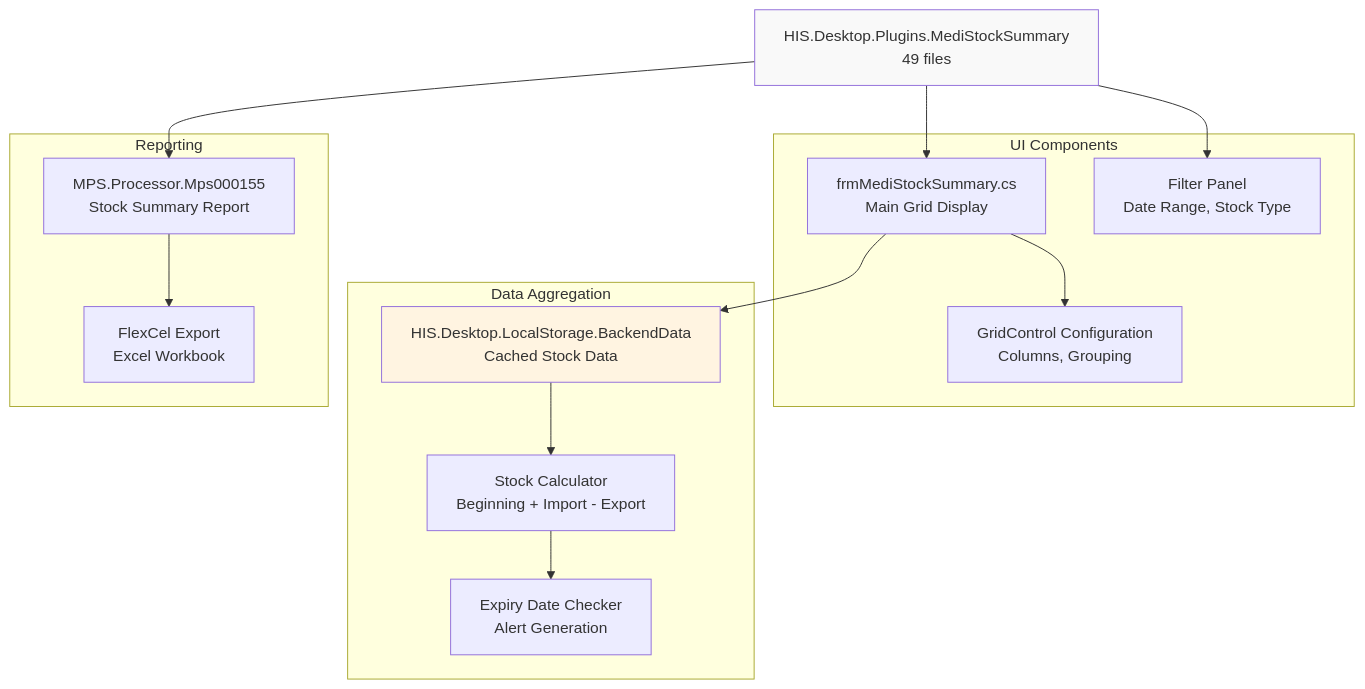
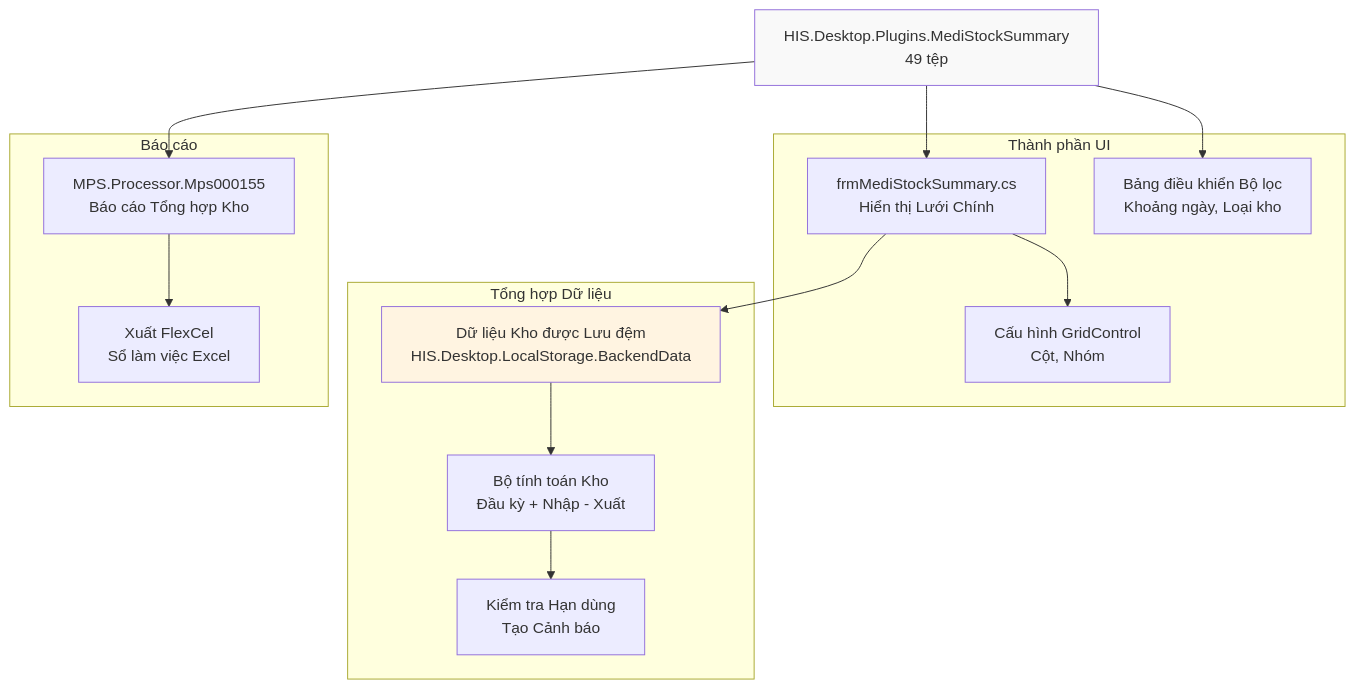
The fifth of 8 diagrams in docs/his-ba-documentation/03-business-domains/pharmacy/medicine-material.md (thangpnb/HIS), drawn with Mermaid before and after one commit. The commit also changed other lines of this file and 30 other files, not shown here.

Commit message:
Refactor architecture docs and update translations

````diff
--- a/docs/his-ba-documentation/03-business-domains/pharmacy/medicine-material.md
+++ b/docs/his-ba-documentation/03-business-domains/pharmacy/medicine-material.md
@@ -242,33 +242,33 @@
 ```mermaid
 graph TB
-    Plugin["HIS.Desktop.Plugins.MediStockSummary<br/>49 files"]
+    Plugin["HIS.Desktop.Plugins.MediStockSummary<br/>49 tệp"]
     
-    subgraph "UI Components"
-        MainForm["frmMediStockSummary.cs<br/>Main Grid Display"]
-        FilterPanel["Filter Panel<br/>Date Range, Stock Type"]
-        GridConfig["GridControl Configuration<br/>Columns, Grouping"]
+    subgraph "Thành phần UI"
+        MainForm["frmMediStockSummary.cs<br/>Hiển thị Lưới Chính"]
+        FilterPanel["Bảng điều khiển Bộ lọc<br/>Khoảng ngày, Loại kho"]
+        GridConfig["Cấu hình GridControl<br/>Cột, Nhóm"]
     end
     
-    subgraph "Data Aggregation"
-        BackendData["HIS.Desktop.LocalStorage.BackendData<br/>Cached Stock Data"]
-        Calculator["Stock Calculator<br/>Beginning + Import - Export"]
-        ExpiryCheck["Expiry Date Checker<br/>Alert Generation"]
+    subgraph "Tổng hợp Dữ liệu"
+        BackendData["Dữ liệu Kho được Lưu đệm<br/>HIS.Desktop.LocalStorage.BackendData"]
+        Calculator["Bộ tính toán Kho<br/>Đầu kỳ + Nhập - Xuất"]
+        ExpiryCheck["Kiểm tra Hạn dùng<br/>Tạo Cảnh báo"]
     end
     
-    subgraph "Reporting"
-        MPSReport["MPS.Processor.Mps000155<br/>Stock Summary Report"]
-        ExcelExport["FlexCel Export<br/>Excel Workbook"]
+    subgraph "Báo cáo"
+        MPSReport["MPS.Processor.Mps000155<br/>Báo cáo Tổng hợp Kho"]
+        ExcelExport["Xuất FlexCel<br/>Sổ làm việc Excel"]
     end
     
     Plugin --> MainForm
     Plugin --> FilterPanel
     MainForm --> GridConfig
     MainForm --> BackendData
     BackendData --> Calculator
     Calculator --> ExpiryCheck
     Plugin --> MPSReport
     MPSReport --> ExcelExport
     
     style Plugin fill:#f9f9f9
     style BackendData fill:#fff4e1
 ```
````
